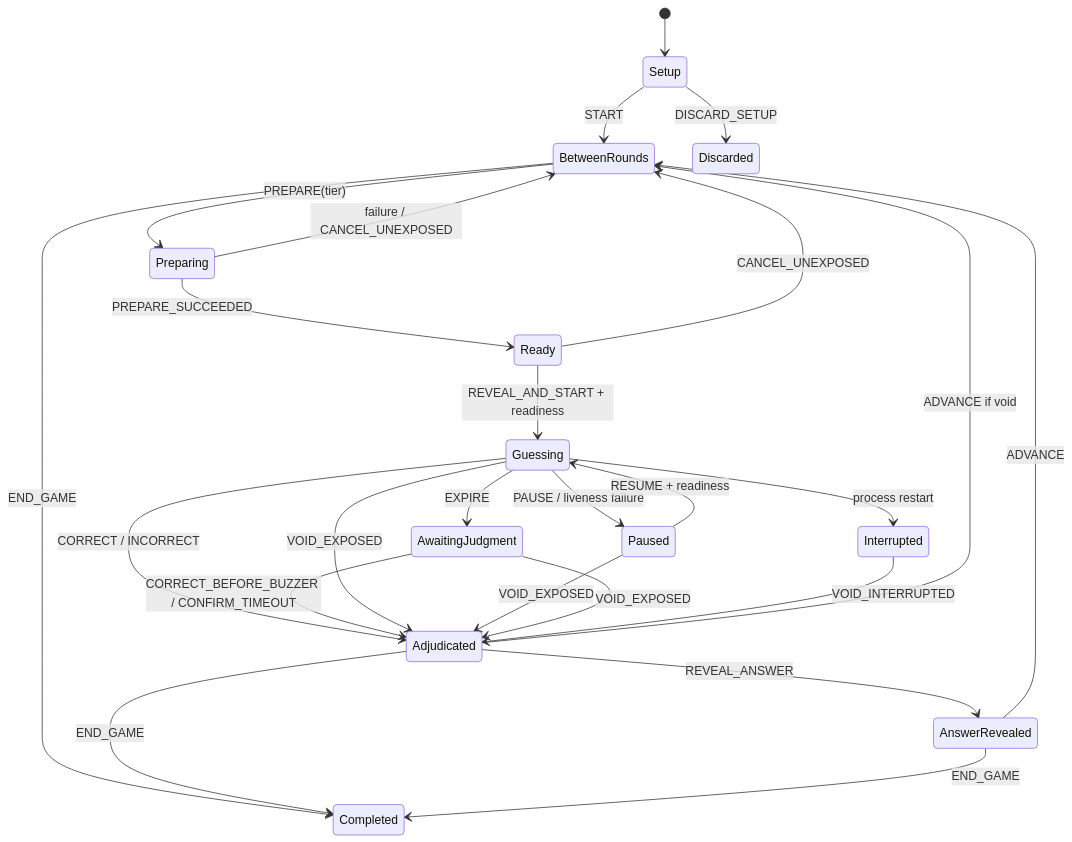
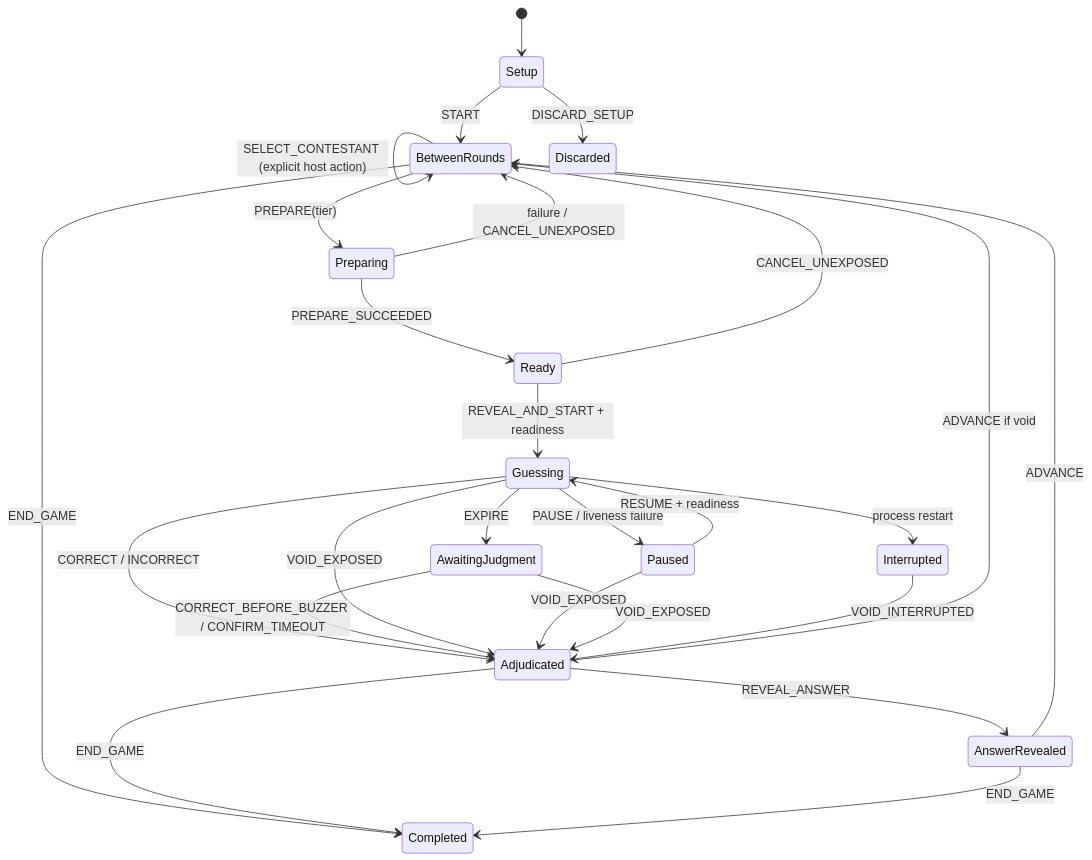
Before and after one commit to awood1261/name-that-match: the diagram in openspec/changes/game-experience-mvp/design.md, drawn with Mermaid. The commit also changed other lines of this file and 5 other files, not shown here.

````diff
--- a/openspec/changes/game-experience-mvp/design.md
+++ b/openspec/changes/game-experience-mvp/design.md
@@ -97,27 +97,28 @@
 ```mermaid
 stateDiagram-v2
   [*] --> Setup
   Setup --> BetweenRounds: START
   Setup --> Discarded: DISCARD_SETUP
+  BetweenRounds --> BetweenRounds: SELECT_CONTESTANT (explicit host action)
   BetweenRounds --> Preparing: PREPARE(tier)
   Preparing --> Ready: PREPARE_SUCCEEDED
   Preparing --> BetweenRounds: failure / CANCEL_UNEXPOSED
   Ready --> Guessing: REVEAL_AND_START + readiness
   Ready --> BetweenRounds: CANCEL_UNEXPOSED
   Guessing --> Paused: PAUSE / liveness failure
   Paused --> Guessing: RESUME + readiness
   Guessing --> AwaitingJudgment: EXPIRE
   Guessing --> Adjudicated: CORRECT / INCORRECT
   AwaitingJudgment --> Adjudicated: CORRECT_BEFORE_BUZZER / CONFIRM_TIMEOUT
   Guessing --> Adjudicated: VOID_EXPOSED
   Paused --> Adjudicated: VOID_EXPOSED
   AwaitingJudgment --> Adjudicated: VOID_EXPOSED
   Guessing --> Interrupted: process restart
   Interrupted --> Adjudicated: VOID_INTERRUPTED
   Adjudicated --> AnswerRevealed: REVEAL_ANSWER
   AnswerRevealed --> BetweenRounds: ADVANCE
   Adjudicated --> BetweenRounds: ADVANCE if void
   BetweenRounds --> Completed: END_GAME
   Adjudicated --> Completed: END_GAME
   AnswerRevealed --> Completed: END_GAME
 ```
````
